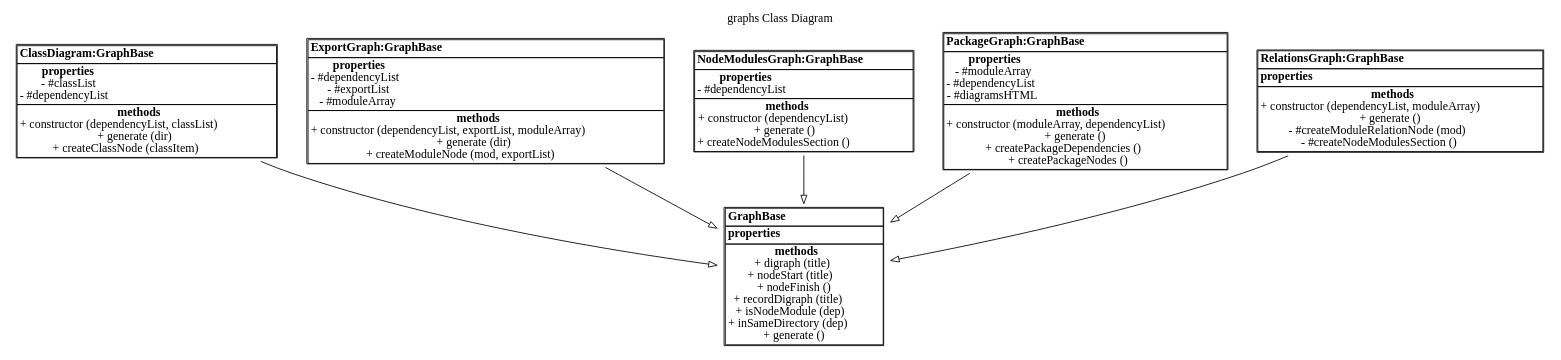
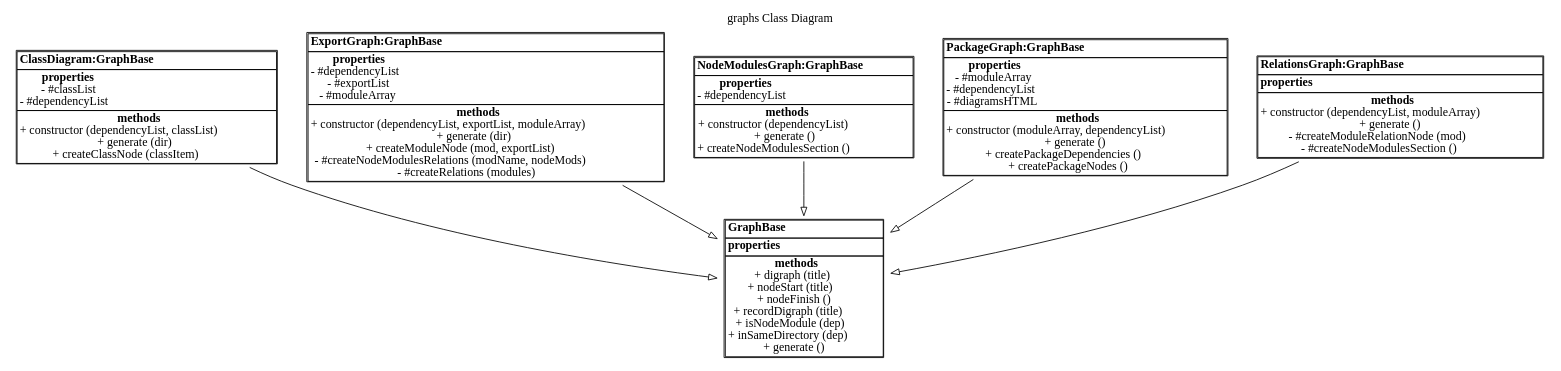
One commit to fleebe/dep-graph changed the diagram in docs/graphs/ClassDiagram.dot. Above: the diagram before and after it, drawn with Graphviz. The commit also changed 21 other files, not shown here.

Commit message:
IMplemented node_moduels in Modeul Export and made sure the code completes the generation of SVG files before it tries to create diagrams.html

```diff
--- a/docs/graphs/ClassDiagram.dot
+++ b/docs/graphs/ClassDiagram.dot
@@ -1,89 +1,91 @@
 digraph {label="graphs Class Diagram";
 labelloc="t";
 "ClassDiagram" [shape = none, label =<<TABLE cellspacing="0" cellborder="1" align="left">
 <TR><TD align="left"><B>ClassDiagram:GraphBase</B></TD></TR>
 <TR><TD align="left"><B>properties</B><BR/>
 - #classList<BR/>
 - #dependencyList<BR/>
 </TD></TR>
 <TR><TD align="left"><B>methods</B><BR/>
 + constructor (dependencyList, classList)<BR/>
 + generate (dir)<BR/>
 + createClassNode (classItem)<BR/>
 </TD></TR>
 </TABLE>>];
 "ClassDiagram"->"GraphBase" [arrowhead=empty];
 
 "ExportGraph" [shape = none, label =<<TABLE cellspacing="0" cellborder="1" align="left">
 <TR><TD align="left"><B>ExportGraph:GraphBase</B></TD></TR>
 <TR><TD align="left"><B>properties</B><BR/>
 - #dependencyList<BR/>
 - #exportList<BR/>
 - #moduleArray<BR/>
 </TD></TR>
 <TR><TD align="left"><B>methods</B><BR/>
 + constructor (dependencyList, exportList, moduleArray)<BR/>
 + generate (dir)<BR/>
 + createModuleNode (mod, exportList)<BR/>
+- #createNodeModulesRelations (modName, nodeMods)<BR/>
+- #createRelations (modules)<BR/>
 </TD></TR>
 </TABLE>>];
 "ExportGraph"->"GraphBase" [arrowhead=empty];
 
 "GraphBase" [shape = none, label =<<TABLE cellspacing="0" cellborder="1" align="left">
 <TR><TD align="left"><B>GraphBase</B></TD></TR>
 <TR><TD align="left"><B>properties</B><BR/>
 </TD></TR>
 <TR><TD align="left"><B>methods</B><BR/>
 + digraph (title)<BR/>
 + nodeStart (title)<BR/>
 + nodeFinish ()<BR/>
 + recordDigraph (title)<BR/>
 + isNodeModule (dep)<BR/>
 + inSameDirectory (dep)<BR/>
 + generate ()<BR/>
 </TD></TR>
 </TABLE>>];
 
 "NodeModulesGraph" [shape = none, label =<<TABLE cellspacing="0" cellborder="1" align="left">
 <TR><TD align="left"><B>NodeModulesGraph:GraphBase</B></TD></TR>
 <TR><TD align="left"><B>properties</B><BR/>
 - #dependencyList<BR/>
 </TD></TR>
 <TR><TD align="left"><B>methods</B><BR/>
 + constructor (dependencyList)<BR/>
 + generate ()<BR/>
 + createNodeModulesSection ()<BR/>
 </TD></TR>
 </TABLE>>];
 "NodeModulesGraph"->"GraphBase" [arrowhead=empty];
 
 "PackageGraph" [shape = none, label =<<TABLE cellspacing="0" cellborder="1" align="left">
 <TR><TD align="left"><B>PackageGraph:GraphBase</B></TD></TR>
 <TR><TD align="left"><B>properties</B><BR/>
 - #moduleArray<BR/>
 - #dependencyList<BR/>
 - #diagramsHTML<BR/>
 </TD></TR>
 <TR><TD align="left"><B>methods</B><BR/>
 + constructor (moduleArray, dependencyList)<BR/>
 + generate ()<BR/>
 + createPackageDependencies ()<BR/>
 + createPackageNodes ()<BR/>
 </TD></TR>
 </TABLE>>];
 "PackageGraph"->"GraphBase" [arrowhead=empty];
 
 "RelationsGraph" [shape = none, label =<<TABLE cellspacing="0" cellborder="1" align="left">
 <TR><TD align="left"><B>RelationsGraph:GraphBase</B></TD></TR>
 <TR><TD align="left"><B>properties</B><BR/>
 </TD></TR>
 <TR><TD align="left"><B>methods</B><BR/>
 + constructor (dependencyList, moduleArray)<BR/>
 + generate ()<BR/>
 - #createModuleRelationNode (mod)<BR/>
 - #createNodeModulesSection ()<BR/>
 </TD></TR>
 </TABLE>>];
 "RelationsGraph"->"GraphBase" [arrowhead=empty];
 
 }
```
